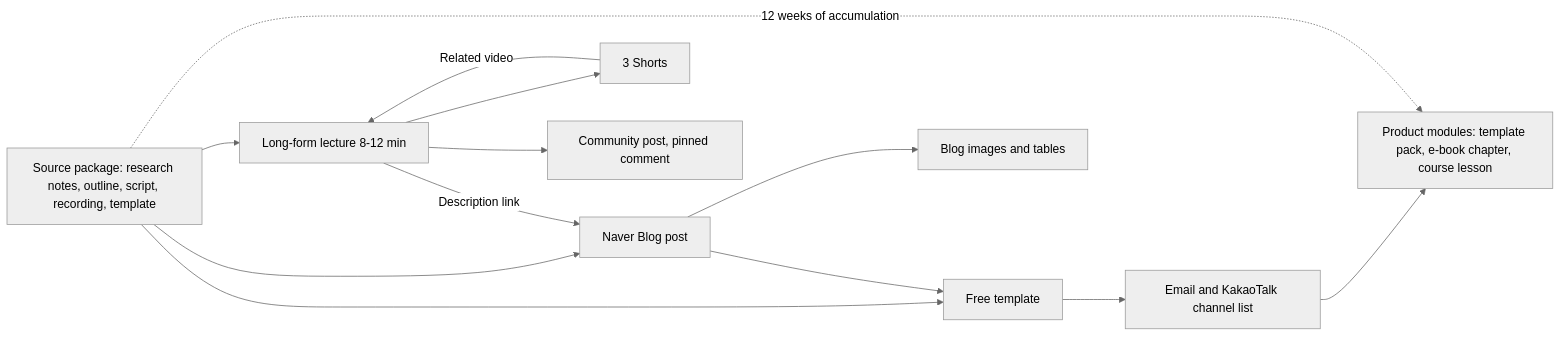
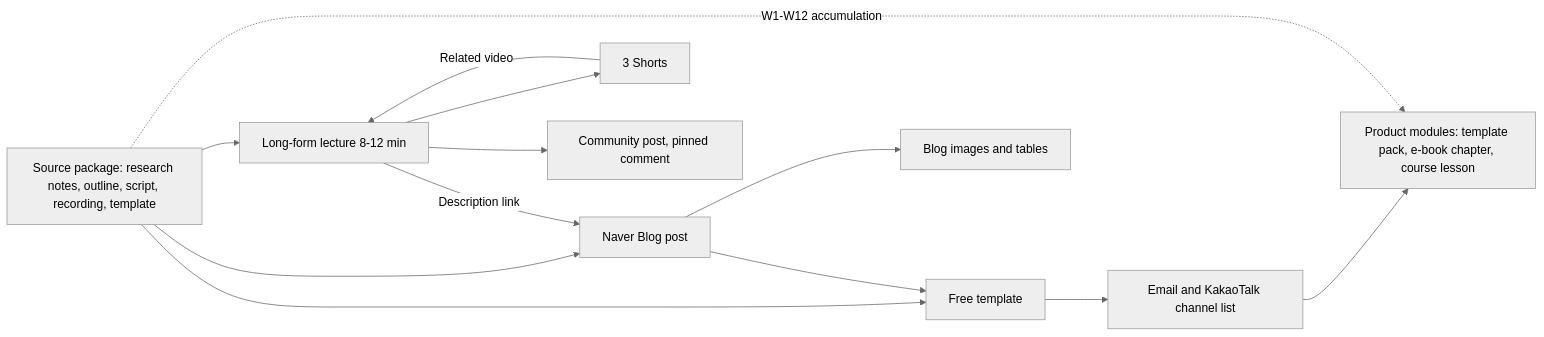
The diagram in content/en/creator/11-one-source-multi-use.md (linjingzhu/tech-jeongsu), drawn with Mermaid (neutral theme) before and after one commit. The commit also changed other lines of this file and 3 other files, not shown here.

````diff
--- a/content/en/creator/11-one-source-multi-use.md
+++ b/content/en/creator/11-one-source-multi-use.md
@@ -29,15 +29,15 @@
 ```mermaid
 flowchart LR
     SRC["Source package: research notes, outline, script, recording, template"] --> LF["Long-form lecture 8-12 min"]
     SRC --> BP["Naver Blog post"]
     SRC --> TPL["Free template"]
     LF --> SH["3 Shorts"]
     LF --> CM["Community post, pinned comment"]
     BP --> IMG["Blog images and tables"]
     SH -->|Related video| LF
     LF -->|Description link| BP
     BP --> TPL
     TPL --> MSG["Email and KakaoTalk channel list"]
     MSG --> PROD["Product modules: template pack, e-book chapter, course lesson"]
-    SRC -. 12 weeks of accumulation .-> PROD
+    SRC -. W1-W12 accumulation .-> PROD
 ```
````
